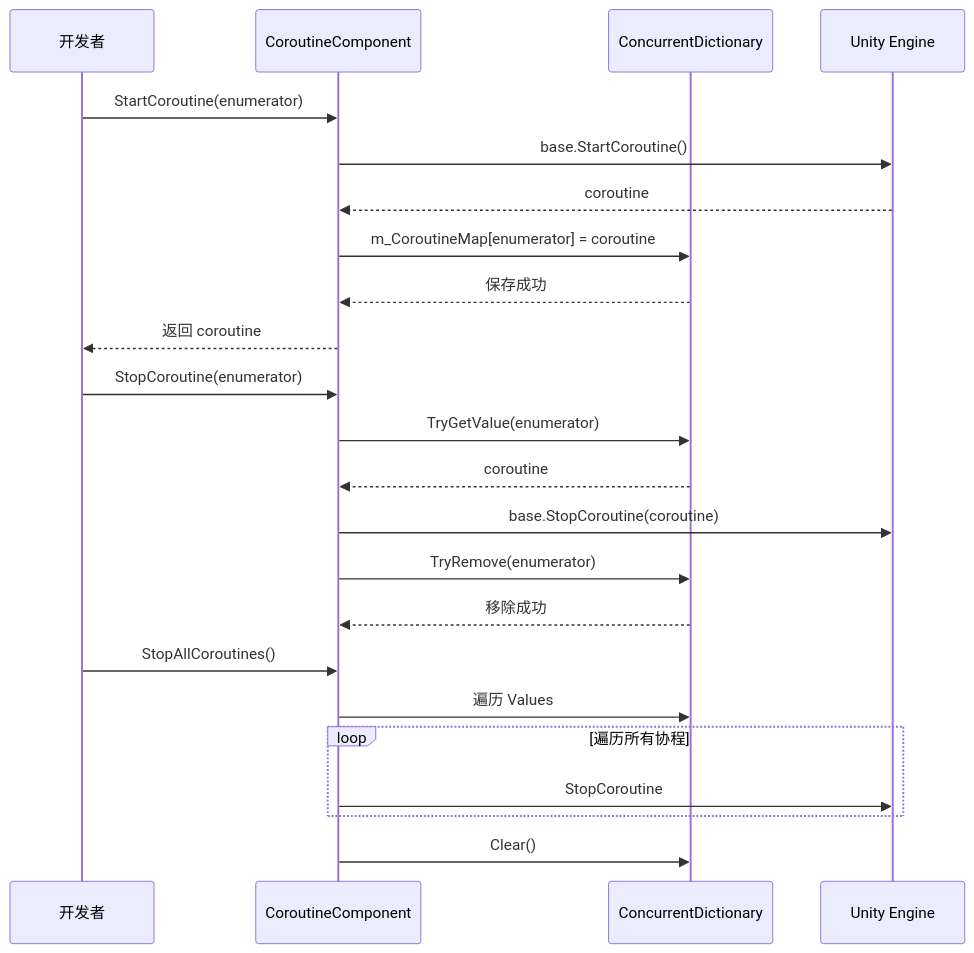
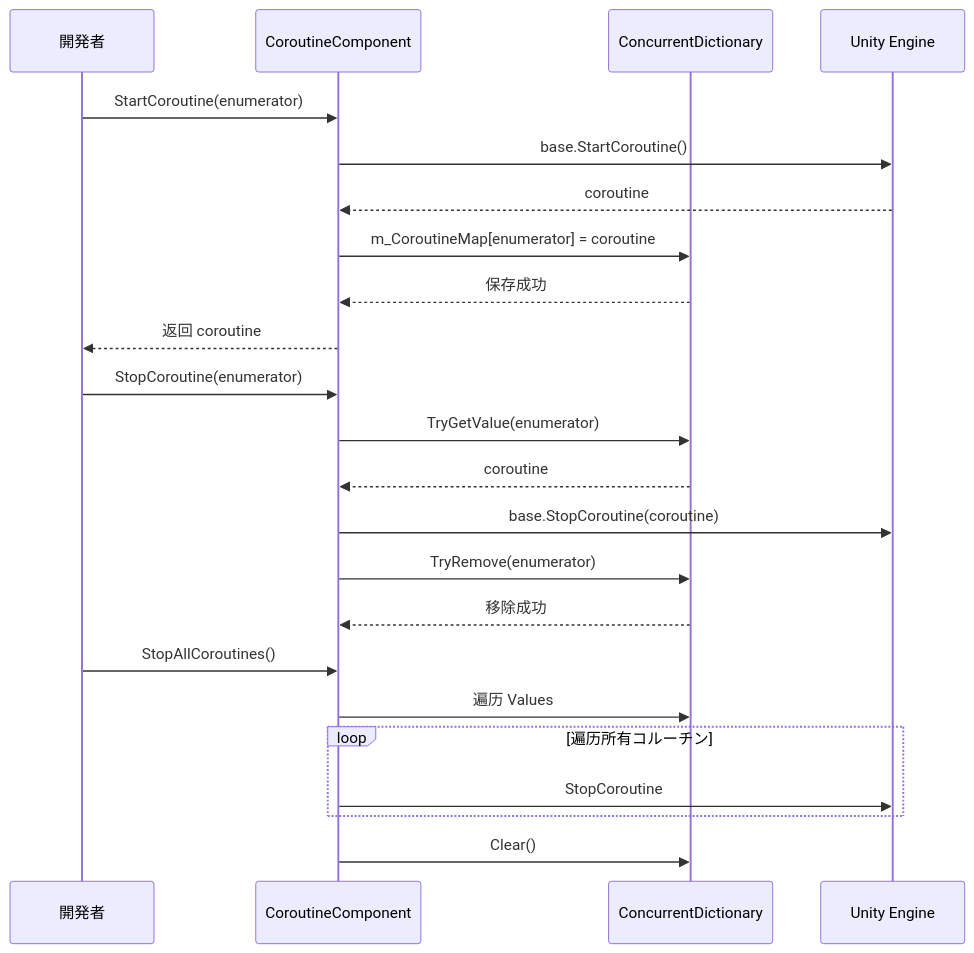
Before and after one commit to AlianBlank/GameFrameX.Docs: the second of 2 diagrams in docs/ja/client/unity/component/coroutine/01.overview.md, drawn with Mermaid. The commit also changed other lines of this file and 603 other files, not shown here.

````diff
--- a/docs/ja/client/unity/component/coroutine/01.overview.md
+++ b/docs/ja/client/unity/component/coroutine/01.overview.md
@@ -166,28 +166,28 @@
 ```mermaid
 sequenceDiagram
-    participant Dev as 开发者
+    participant Dev as 開発者
     participant CC as CoroutineComponent
     participant Dict as ConcurrentDictionary
     participant Unity as Unity Engine
 
     Dev->>CC: StartCoroutine(enumerator)
     CC->>Unity: base.StartCoroutine()
     Unity-->>CC: coroutine
     CC->>Dict: m_CoroutineMap[enumerator] = coroutine
     Dict-->>CC: 保存成功
     CC-->>Dev: 返回 coroutine
 
     Dev->>CC: StopCoroutine(enumerator)
     CC->>Dict: TryGetValue(enumerator)
     Dict-->>CC: coroutine
     CC->>Unity: base.StopCoroutine(coroutine)
     CC->>Dict: TryRemove(enumerator)
     Dict-->>CC: 移除成功
 
     Dev->>CC: StopAllCoroutines()
     CC->>Dict: 遍历 Values
-    loop 遍历所有协程
+    loop 遍历所有コルーチン
         CC->>Unity: StopCoroutine
     end
     CC->>Dict: Clear()
 ```
````
